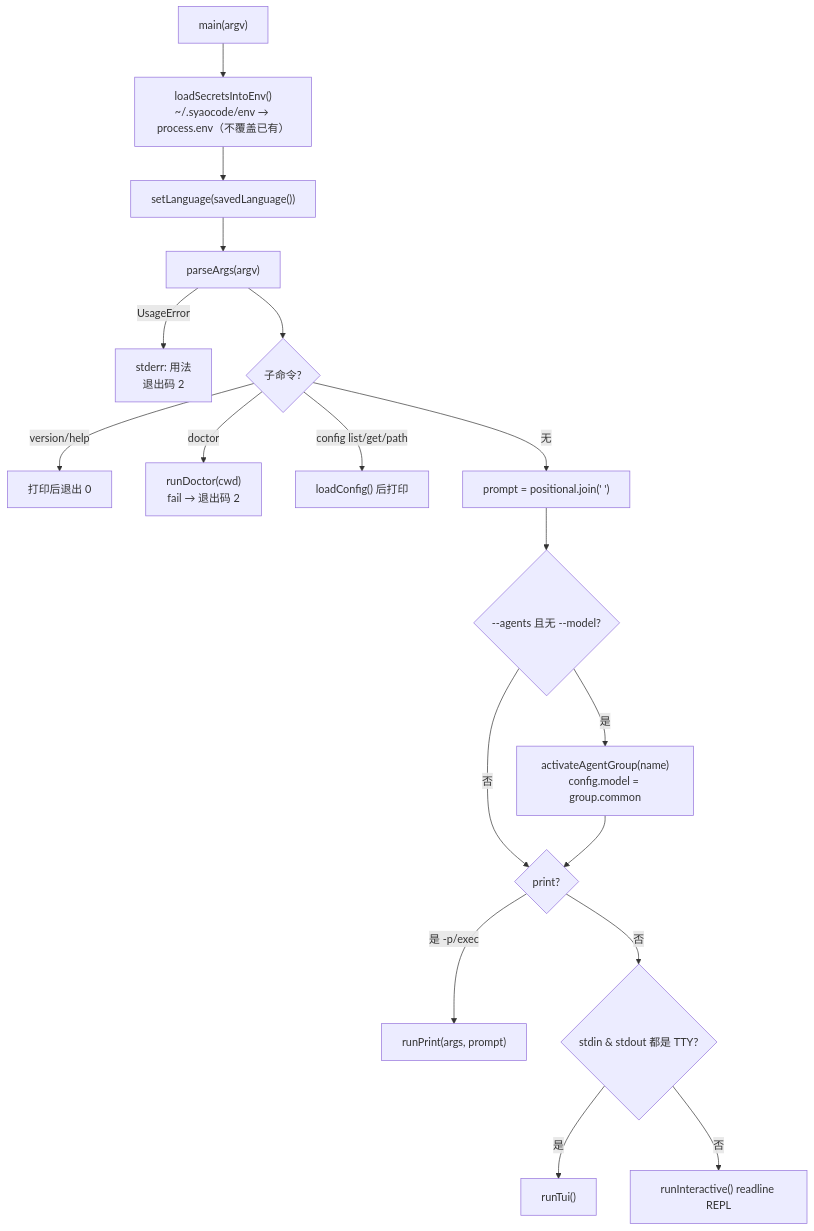
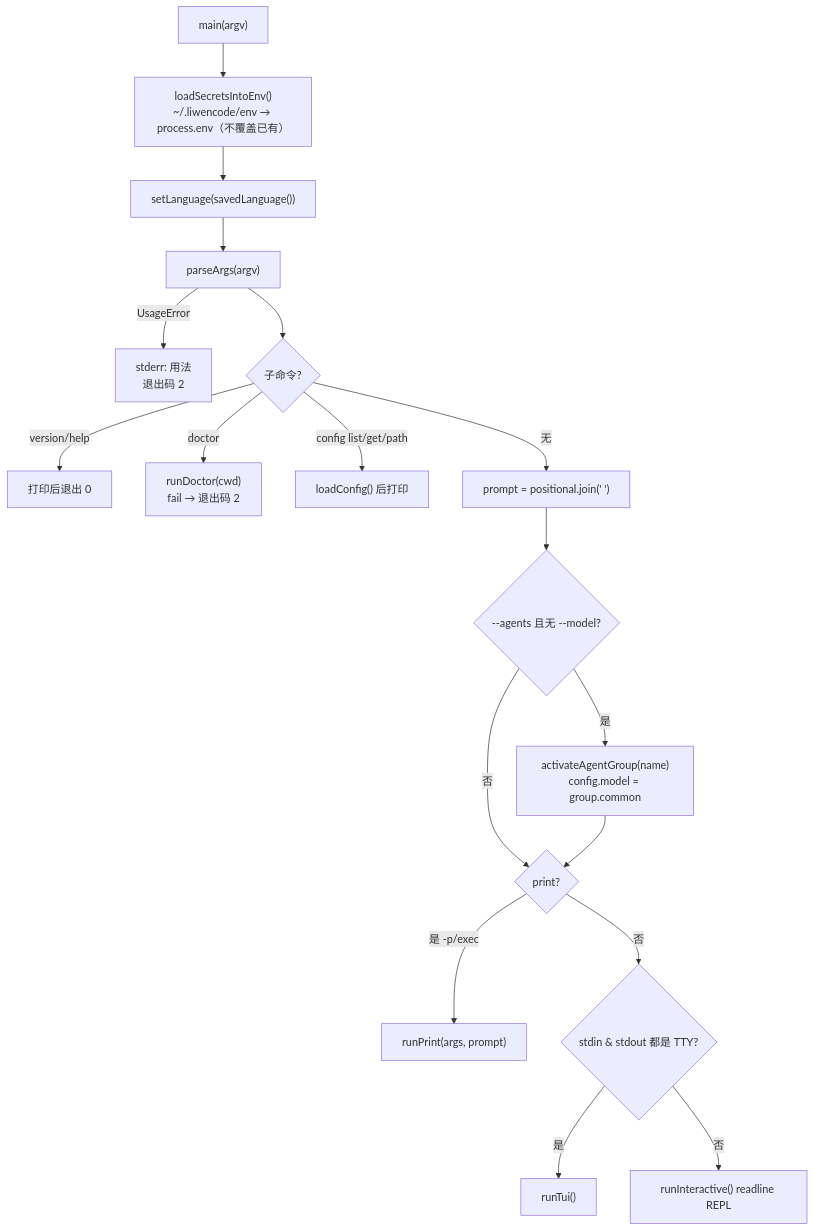
One commit to wenhuang2333/SYAOCode changed the third of 5 diagrams in 概览.md. Above: the diagram before and after it, drawn with Mermaid. The commit also changed other lines of this file and 323 other files, not shown here.

First line of the commit message:
Rename SYAOCode to LIWENCode and migrate legacy data directories

````diff
--- a/概览.md
+++ b/概览.md
@@ -363,20 +363,20 @@
 ```mermaid
 flowchart TD
-  A["main(argv)"] --> B["loadSecretsIntoEnv()\n~/.syaocode/env → process.env（不覆盖已有）"]
+  A["main(argv)"] --> B["loadSecretsIntoEnv()\n~/.liwencode/env → process.env（不覆盖已有）"]
   B --> C["setLanguage(savedLanguage())"]
   C --> D["parseArgs(argv)"]
   D -->|UsageError| E["stderr: 用法\n退出码 2"]
   D --> F{子命令?}
   F -->|version/help| G["打印后退出 0"]
   F -->|doctor| H["runDoctor(cwd)\nfail → 退出码 2"]
   F -->|config list/get/path| I["loadConfig() 后打印"]
   F -->|无| J["prompt = positional.join(' ')"]
   J --> K{"--agents 且无 --model?"}
   K -->|是| L["activateAgentGroup(name)\nconfig.model = group.common"]
   K -->|否| M{print?}
   L --> M
   M -->|是 -p/exec| N["runPrint(args, prompt)"]
   M -->|否| O{"stdin & stdout 都是 TTY?"}
   O -->|是| P["runTui()"]
   O -->|否| Q["runInteractive() readline REPL"]
 ```
````
